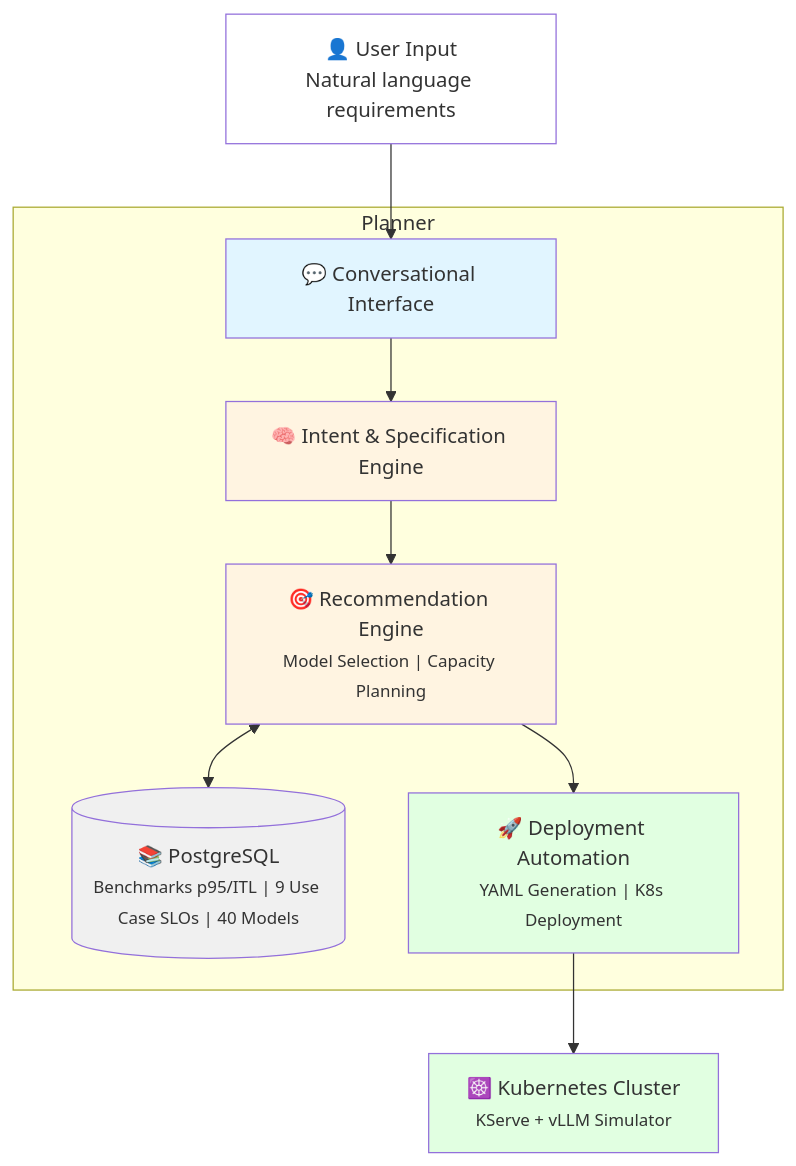
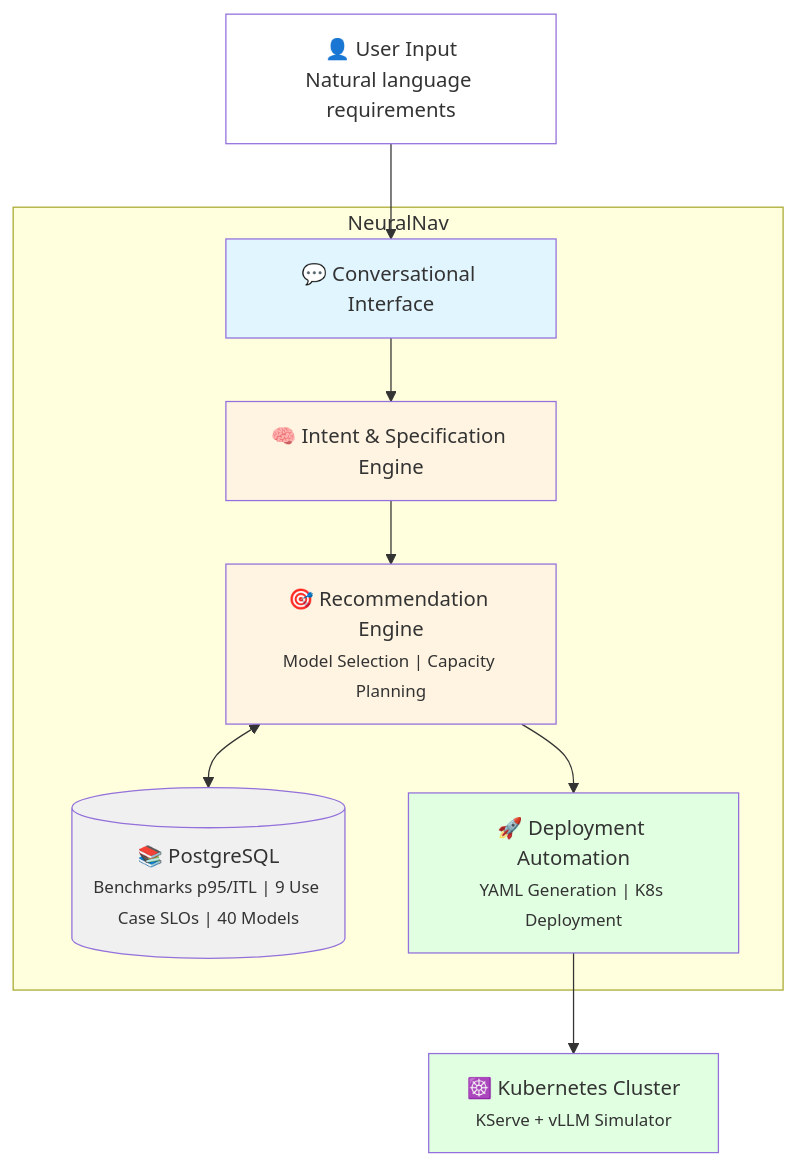
The fourth of 4 diagrams in docs/simplified-architecture-diagram.md (llm-d-incubation/llm-d-planner), drawn with Mermaid before and after one commit. The commit also changed 40 other files, not shown here.

First line of the commit message:
refactor: Rename to NeuralNav and remove Red Hat branding

````diff
--- a/docs/simplified-architecture-diagram.md
+++ b/docs/simplified-architecture-diagram.md
@@ -102,29 +102,29 @@
 ```mermaid
 graph TB
     User["👤 User Input<br/>Natural language requirements"]
 
-    subgraph "Planner"
+    subgraph "NeuralNav"
         Chat["💬 Conversational Interface"]
         Intent["🧠 Intent & Specification Engine"]
         Rec["🎯 Recommendation Engine<br/><small>Model Selection | Capacity Planning</small>"]
         KB[("📚 PostgreSQL<br/><small>Benchmarks p95/ITL | 9 Use Case SLOs | 40 Models</small>")]
         Deploy["🚀 Deployment Automation<br/><small>YAML Generation | K8s Deployment</small>"]
     end
 
     K8S["☸️ Kubernetes Cluster<br/><small>KServe + vLLM Simulator</small>"]
 
     User --> Chat
     Chat --> Intent
     Intent --> Rec
     Rec <--> KB
     Rec --> Deploy
     Deploy --> K8S
 
     style User fill:#fff
     style Chat fill:#e1f5ff
     style Intent fill:#fff4e1
     style Rec fill:#fff4e1
     style KB fill:#f0f0f0
     style Deploy fill:#e1ffe1
     style K8S fill:#e1ffe1
 ```
````
